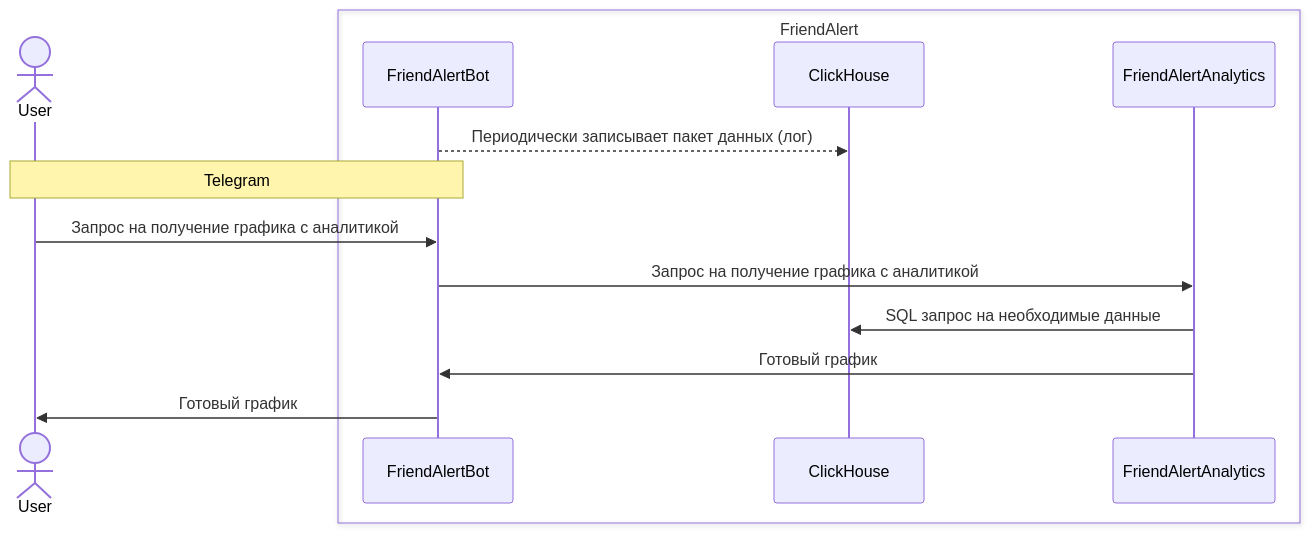
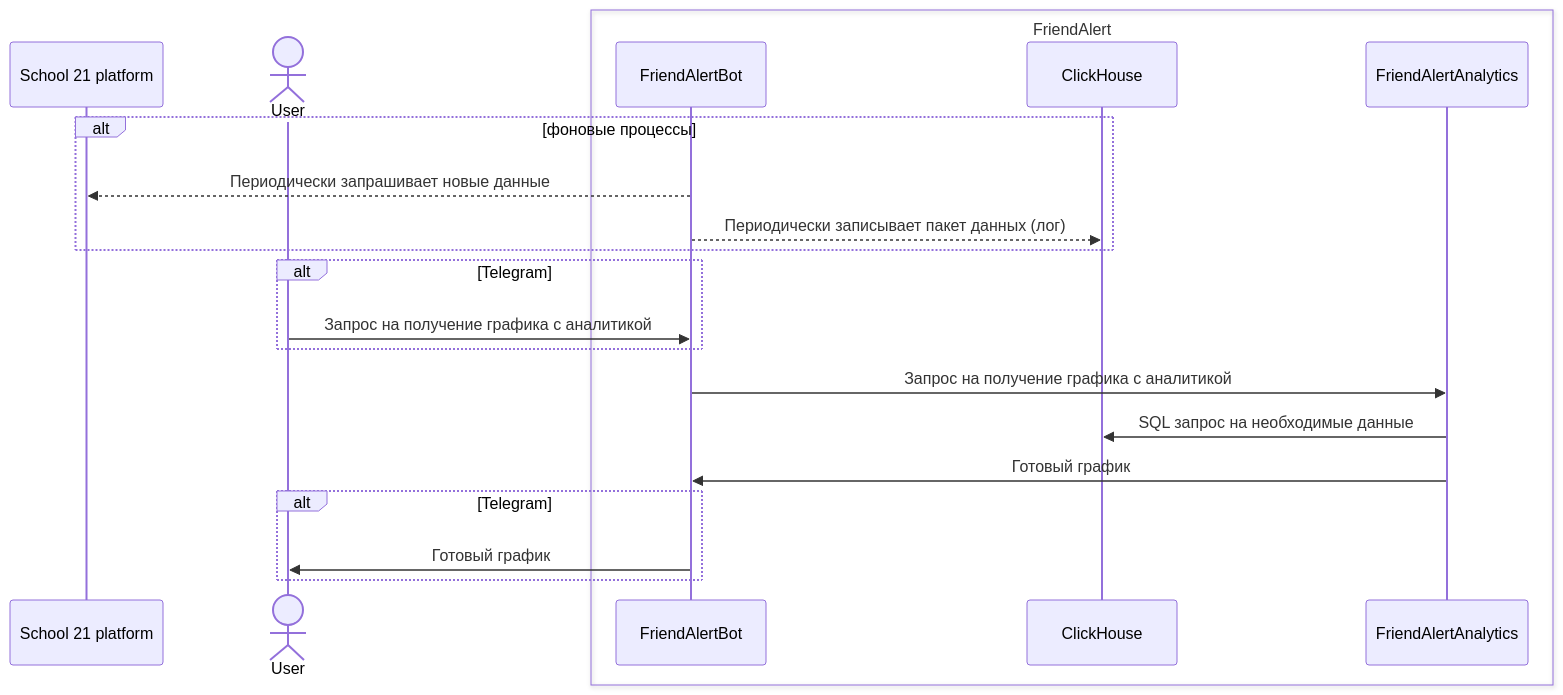
The second of 2 diagrams in README.md (Ivanuil/FriendAlert), drawn with Mermaid before and after one commit. The commit also changed other lines of this file, not shown here.

````diff
--- a/README.md
+++ b/README.md
@@ -36,16 +36,24 @@
 ```mermaid
 sequenceDiagram
+    participant s21 as School 21 platform
     actor user as User
     box FriendAlert
         participant java as FriendAlertBot
         participant ch as ClickHouse
         participant python as FriendAlertAnalytics
     end
-    java -->> ch: Периодически записывает пакет данных (лог)
-    Note over user, java: Telegram
-    user ->> java: Запрос на получение графика с аналитикой
+    alt фоновые процессы
+        java -->> s21: Периодически запрашивает новые данные
+        java -->> ch: Периодически записывает пакет данных (лог)
+    end
+
+    alt Telegram
+        user ->> java: Запрос на получение графика с аналитикой
+    end
     java ->> python: Запрос на получение графика с аналитикой
     python ->> ch: SQL запрос на необходимые данные
     python ->> java: Готовый график
-    java ->> user: Готовый график
+    alt Telegram
+        java ->> user: Готовый график
+    end
 ```
````
